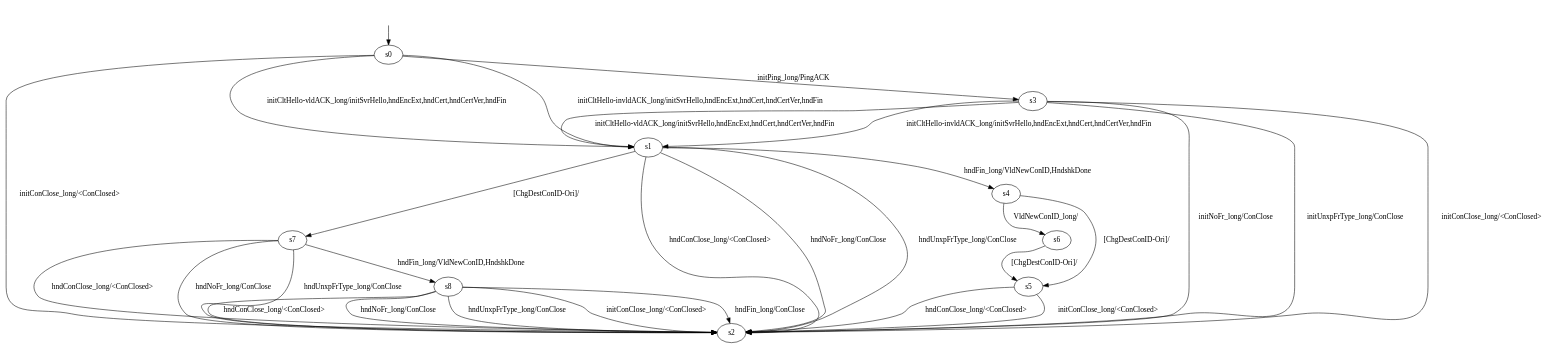
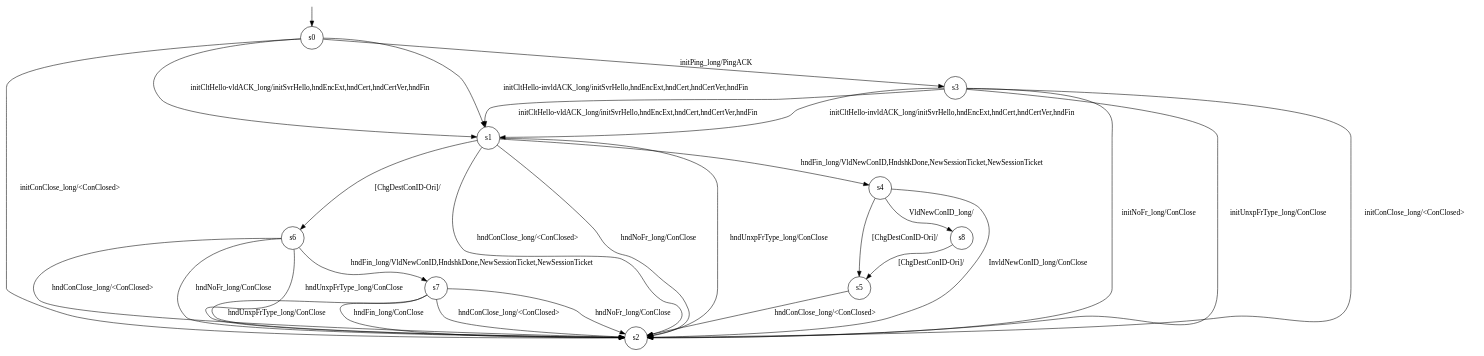
One commit to QUICTester/QUICTester changed the diagram in results/quicheModels/CS-long/quiche-B-l-0/optimisedLearnedModel.dot. Above: the diagram before and after it, drawn with Graphviz. The commit also changed 76 other files, not shown here.

```diff
--- a/results/quicheModels/CS-long/quiche-B-l-0/optimisedLearnedModel.dot
+++ b/results/quicheModels/CS-long/quiche-B-l-0/optimisedLearnedModel.dot
@@ -1,41 +1,43 @@
-digraph "../results/quicheModels/quiche-B-lCS-0/learnedModel" {
-s0 [label=s0];
-s1 [label=s1];
-s2 [label=s2];
-s3 [label=s3];
-s4 [label=s4];
-s5 [label=s5];
-s6 [label=s6];
-s7 [label=s7];
-s8 [label=s8];
-s0 -> s3  [label="initPing_long/PingACK "];
-s0 -> s2  [label="initConClose_long/<ConClosed> "];
-s0 -> s1  [label="initCltHello-vldACK_long/initSvrHello,hndEncExt,hndCert,hndCertVer,hndFin "];
-s0 -> s1  [label="initCltHello-invldACK_long/initSvrHello,hndEncExt,hndCert,hndCertVer,hndFin "];
-s1 -> s4  [label="hndFin_long/VldNewConID,HndshkDone "];
-s1 -> s2  [label="hndConClose_long/<ConClosed> "];
-s1 -> s2  [label="hndNoFr_long/ConClose "];
-s1 -> s2  [label="hndUnxpFrType_long/ConClose "];
-s1 -> s7  [label="[ChgDestConID-Ori]/ "];
-s3 -> s2  [label="initConClose_long/<ConClosed> "];
-s3 -> s1  [label="initCltHello-vldACK_long/initSvrHello,hndEncExt,hndCert,hndCertVer,hndFin "];
-s3 -> s1  [label="initCltHello-invldACK_long/initSvrHello,hndEncExt,hndCert,hndCertVer,hndFin "];
-s3 -> s2  [label="initNoFr_long/ConClose "];
-s3 -> s2  [label="initUnxpFrType_long/ConClose "];
-s4 -> s6  [label="VldNewConID_long/ "];
-s4 -> s5  [label="[ChgDestConID-Ori]/ "];
-s5 -> s2  [label="initConClose_long/<ConClosed> "];
-s5 -> s2  [label="hndConClose_long/<ConClosed> "];
-s6 -> s5  [label="[ChgDestConID-Ori]/ "];
-s7 -> s8  [label="hndFin_long/VldNewConID,HndshkDone "];
-s7 -> s2  [label="hndConClose_long/<ConClosed> "];
-s7 -> s2  [label="hndNoFr_long/ConClose "];
-s7 -> s2  [label="hndUnxpFrType_long/ConClose "];
-s8 -> s2  [label="initConClose_long/<ConClosed> "];
-s8 -> s2  [label="hndFin_long/ConClose "];
-s8 -> s2  [label="hndConClose_long/<ConClosed> "];
-s8 -> s2  [label="hndNoFr_long/ConClose "];
-s8 -> s2  [label="hndUnxpFrType_long/ConClose "];
-__start0 [label="", shape=none];
-__start0 -> s0  [label=""];
+digraph g {
+
+s0 [shape="circle" label="s0"];
+s1 [shape="circle" label="s1"];
+s2 [shape="circle" label="s2"];
+s3 [shape="circle" label="s3"];
+s4 [shape="circle" label="s4"];
+s5 [shape="circle" label="s5"];
+s6 [shape="circle" label="s6"];
+s7 [shape="circle" label="s7"];
+s8 [shape="circle" label="s8"];
+s0 -> s3 [label="initPing_long/PingACK "];
+s0 -> s2 [label="initConClose_long/<ConClosed> "];
+s0 -> s1 [label="initCltHello-vldACK_long/initSvrHello,hndEncExt,hndCert,hndCertVer,hndFin "];
+s0 -> s1 [label="initCltHello-invldACK_long/initSvrHello,hndEncExt,hndCert,hndCertVer,hndFin "];
+s1 -> s4 [label="hndFin_long/VldNewConID,HndshkDone,NewSessionTicket,NewSessionTicket "];
+s1 -> s2 [label="hndConClose_long/<ConClosed> "];
+s1 -> s2 [label="hndNoFr_long/ConClose "];
+s1 -> s2 [label="hndUnxpFrType_long/ConClose "];
+s1 -> s6 [label="[ChgDestConID-Ori]/ "];
+s3 -> s2 [label="initConClose_long/<ConClosed> "];
+s3 -> s1 [label="initCltHello-vldACK_long/initSvrHello,hndEncExt,hndCert,hndCertVer,hndFin "];
+s3 -> s1 [label="initCltHello-invldACK_long/initSvrHello,hndEncExt,hndCert,hndCertVer,hndFin "];
+s3 -> s2 [label="initNoFr_long/ConClose "];
+s3 -> s2 [label="initUnxpFrType_long/ConClose "];
+s4 -> s8 [label="VldNewConID_long/ "];
+s4 -> s2 [label="InvldNewConID_long/ConClose "];
+s4 -> s5 [label="[ChgDestConID-Ori]/ "];
+s5 -> s2 [label="hndConClose_long/<ConClosed> "];
+s6 -> s7 [label="hndFin_long/VldNewConID,HndshkDone,NewSessionTicket,NewSessionTicket "];
+s6 -> s2 [label="hndConClose_long/<ConClosed> "];
+s6 -> s2 [label="hndNoFr_long/ConClose "];
+s6 -> s2 [label="hndUnxpFrType_long/ConClose "];
+s7 -> s2 [label="hndFin_long/ConClose "];
+s7 -> s2 [label="hndConClose_long/<ConClosed> "];
+s7 -> s2 [label="hndNoFr_long/ConClose "];
+s7 -> s2 [label="hndUnxpFrType_long/ConClose "];
+s8 -> s5 [label="[ChgDestConID-Ori]/ "];
+
+__start0 [label="" shape="none" width="0" height="0"];
+__start0 -> s0;
+
 }
```
